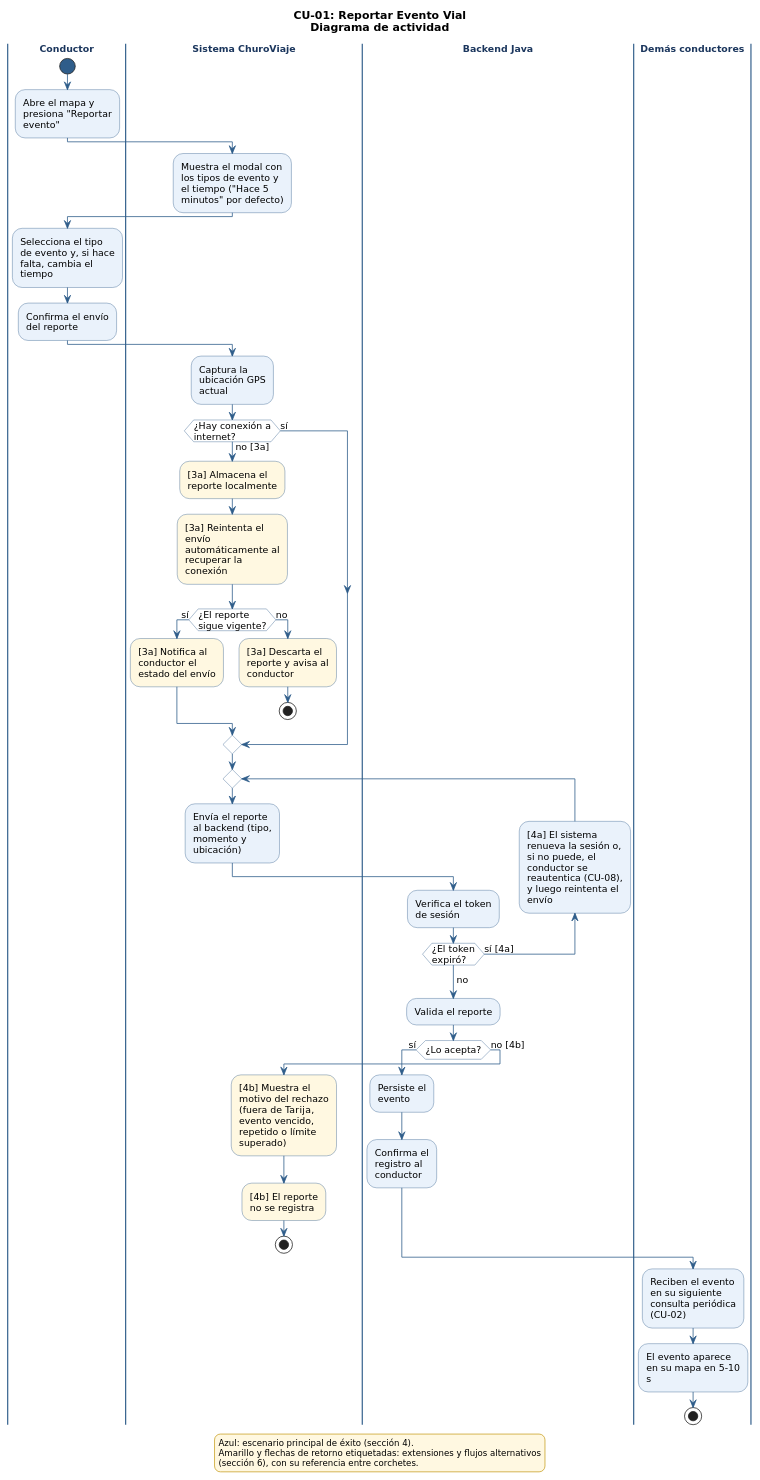
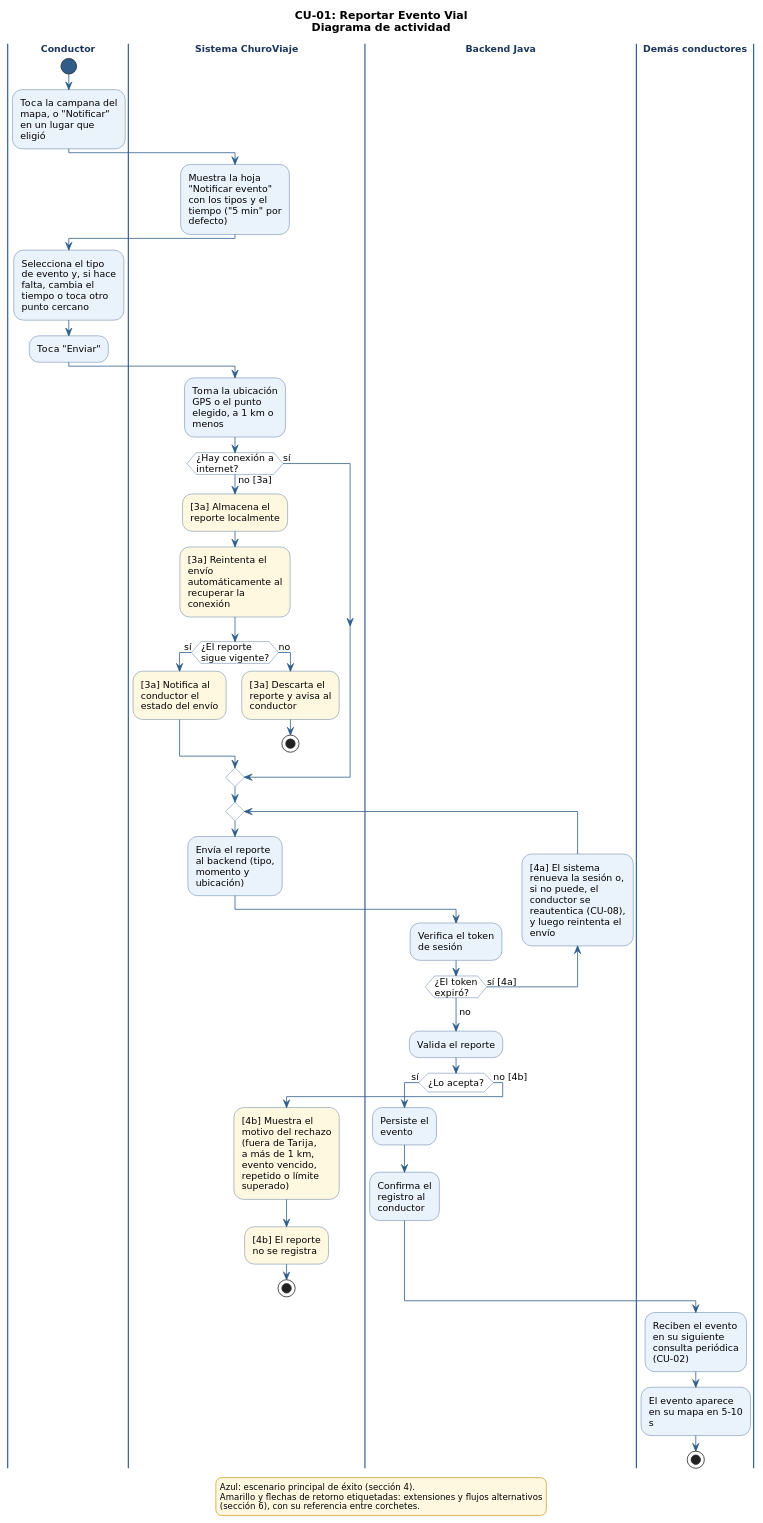
Before and after one commit to uniWASD/ChuroViajeInterno: the diagram in 03_des/01_Diagramas_de_comportamiento/CU-01_ReportarEventoVial.puml, drawn with PlantUML. The commit also changed 9 other files, not shown here.

First line of the commit message:
docs: alinear casos de uso, historias y diagramas con el Sprint 6.5

```diff
--- a/03_des/01_Diagramas_de_comportamiento/CU-01_ReportarEventoVial.puml
+++ b/03_des/01_Diagramas_de_comportamiento/CU-01_ReportarEventoVial.puml
@@ -1,128 +1,133 @@
 @startuml CU-01_ReportarEventoVial
 ' CU-01: Reportar Evento Vial - Diagrama de comportamiento (actividad)
 ' Fuente: 02_req - Especificación de Casos de Uso (CU-01 a CU-09), secciones 4 y 6
 ' Issue: T-045 (actualizado en T-086)
 ' Revisión de coherencia (06/10/2026): modal con tipo y tiempo, descarte del reporte vencido y propagación por consulta periódica.
+' Sprint 6.5 (#191): hoja «Notificar evento» desde la campana o desde un lugar elegido, y punto a 1 km o menos (RN-01.5).
 
 skinparam shadowing false
 skinparam defaultFontName "DejaVu Sans"
 skinparam defaultFontSize 12
 skinparam wrapWidth 200
 skinparam ArrowColor #2F5D8A
 skinparam activity {
   BackgroundColor #EAF2FB
   BorderColor #2F5D8A
   DiamondBackgroundColor #FFFFFF
   DiamondBorderColor #2F5D8A
   StartColor #2F5D8A
   EndColor #2F5D8A
 }
 skinparam swimlane {
   BorderColor #2F5D8A
   TitleFontStyle bold
   TitleFontColor #1B365D
 }
 skinparam legend {
   BackgroundColor #FFF8E1
   BorderColor #C9A227
   FontSize 11
 }
 
 title CU-01: Reportar Evento Vial\nDiagrama de actividad
 
 |Conductor|
 start
-:Abre el mapa y
-presiona "Reportar
-evento";
+:Toca la campana del
+mapa, o "Notificar"
+en un lugar que
+eligió;
 |Sistema ChuroViaje|
-:Muestra el modal con
-los tipos de evento y
-el tiempo ("Hace 5
-minutos" por defecto);
+:Muestra la hoja
+"Notificar evento"
+con los tipos y el
+tiempo ("5 min" por
+defecto);
 |Conductor|
 :Selecciona el tipo
 de evento y, si hace
 falta, cambia el
-tiempo;
-:Confirma el envío
-del reporte;
+tiempo o toca otro
+punto cercano;
+:Toca "Enviar";
 |Sistema ChuroViaje|
-:Captura la
-ubicación GPS
-actual;
+:Toma la ubicación
+GPS o el punto
+elegido, a 1 km o
+menos;
 if (¿Hay conexión a\ninternet?) then (sí)
 else (no [3a])
   #FFF8E1:[3a] Almacena el
 reporte localmente;
   #FFF8E1:[3a] Reintenta el
 envío
 automáticamente al
 recuperar la
 conexión;
   if (¿El reporte\nsigue vigente?) then (sí)
     #FFF8E1:[3a] Notifica al
 conductor el
 estado del envío;
   else (no)
     #FFF8E1:[3a] Descarta el
 reporte y avisa al
 conductor;
     stop
   endif
 endif
 repeat
   |Sistema ChuroViaje|
   :Envía el reporte
 al backend (tipo,
 momento y
 ubicación);
   |Backend Java|
   :Verifica el token
 de sesión;
 backward:[4a] El sistema
 renueva la sesión o,
 si no puede, el
 conductor se
 reautentica (CU-08),
 y luego reintenta el
 envío;
 repeat while (¿El token\nexpiró?) is (sí [4a])
 ->no;
 |Backend Java|
 :Valida el reporte;
 if (¿Lo acepta?) then (sí)
   :Persiste el
 evento;
   :Confirma el
 registro al
 conductor;
 else (no [4b])
   |Sistema ChuroViaje|
   #FFF8E1:[4b] Muestra el
 motivo del rechazo
 (fuera de Tarija,
+a más de 1 km,
 evento vencido,
 repetido o límite
 superado);
   #FFF8E1:[4b] El reporte
 no se registra;
   stop
 endif
 |Demás conductores|
 :Reciben el evento
 en su siguiente
 consulta periódica
 (CU-02);
 :El evento aparece
 en su mapa en 5-10
 s;
 stop
 
 legend bottom
   Azul: escenario principal de éxito (sección 4).
   Amarillo y flechas de retorno etiquetadas: extensiones y flujos alternativos
   (sección 6), con su referencia entre corchetes.
 endlegend
 
 @enduml
```
